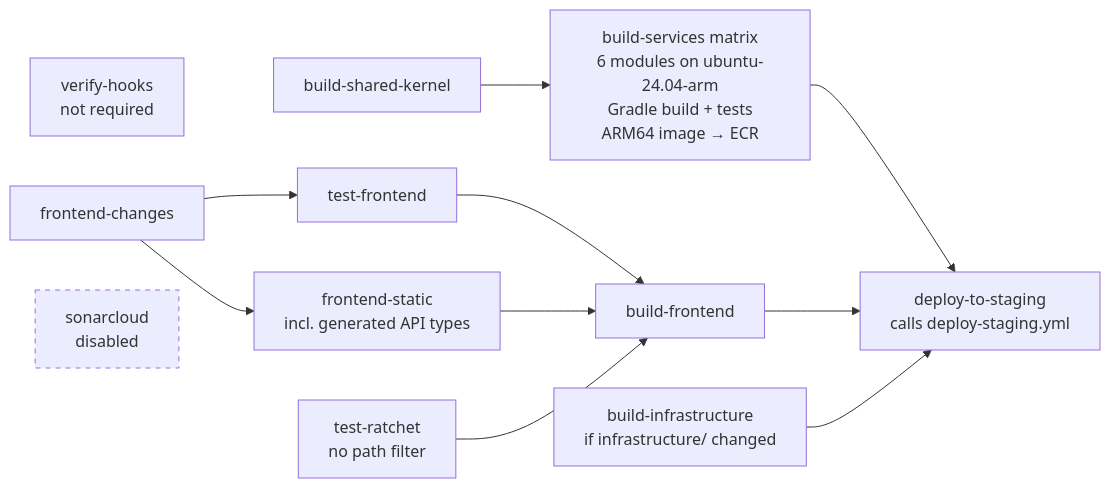
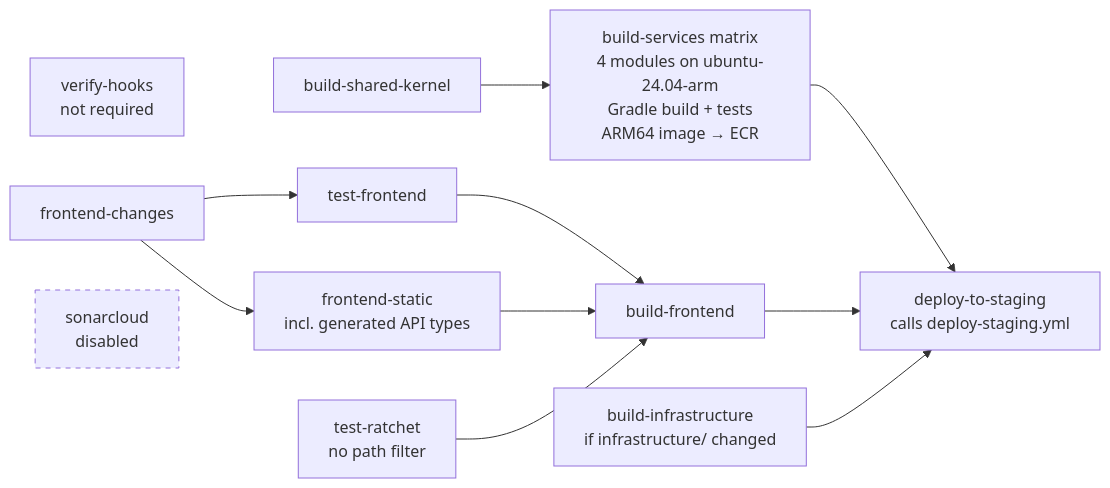
One commit to nissimbuchs/BATbern2 changed diagram 13 of 26 in docs/architecture/02-infrastructure-deployment.md. Above: the diagram before and after it, drawn with Mermaid. The commit also changed 111 other files, not shown here.

````diff
--- a/docs/architecture/02-infrastructure-deployment.md
+++ b/docs/architecture/02-infrastructure-deployment.md
@@ -763,20 +763,20 @@
 ```mermaid
 graph LR
     VH["verify-hooks<br/>not required"]
     SK["build-shared-kernel"]
-    SVC["build-services matrix<br/>6 modules on ubuntu-24.04-arm<br/>Gradle build + tests<br/>ARM64 image → ECR"]
+    SVC["build-services matrix<br/>4 modules on ubuntu-24.04-arm<br/>Gradle build + tests<br/>ARM64 image → ECR"]
     FC["frontend-changes"]
     TF["test-frontend"]
     FS["frontend-static<br/>incl. generated API types"]
     TR["test-ratchet<br/>no path filter"]
     BF["build-frontend"]
     BI["build-infrastructure<br/>if infrastructure/ changed"]
     SONAR["sonarcloud<br/>disabled"]
     DEP["deploy-to-staging<br/>calls deploy-staging.yml"]
 
     SK --> SVC
     FC --> TF & FS --> BF
     TR --> BF
     SVC & BF & BI --> DEP
     style SONAR stroke-dasharray: 5 5
 ```
````
